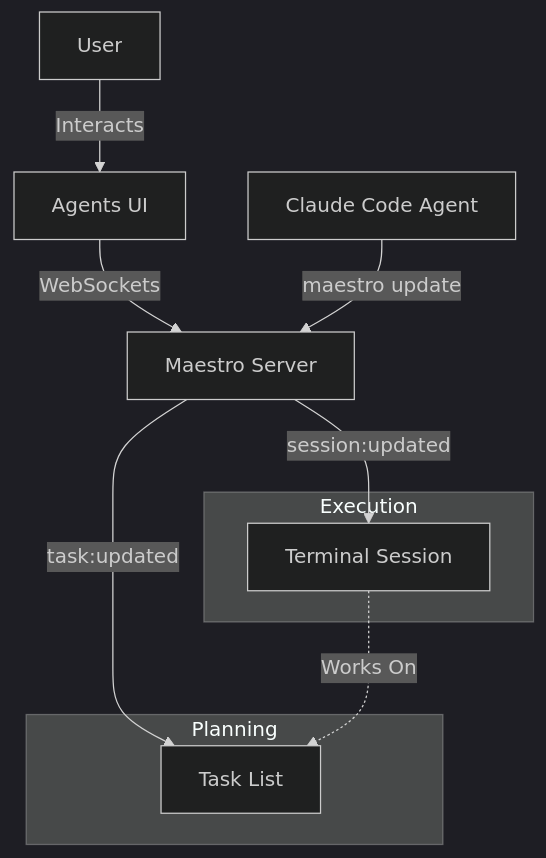
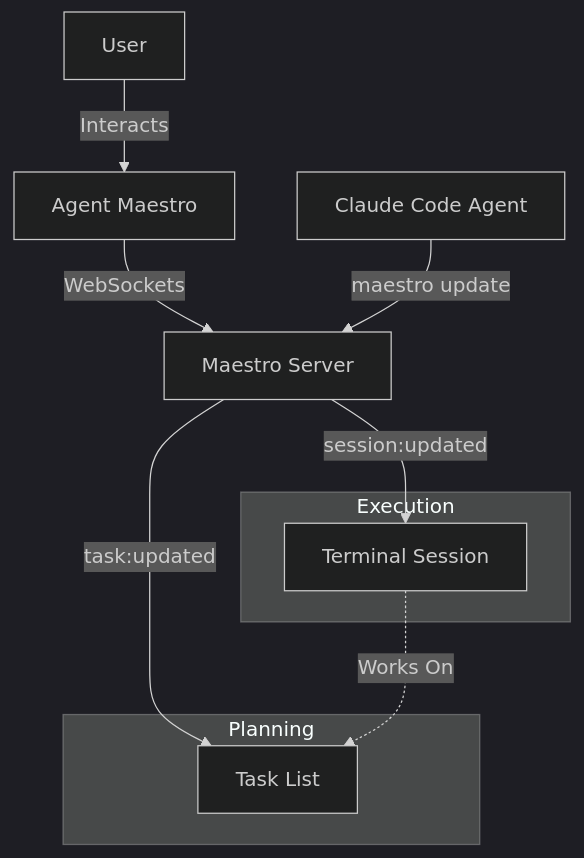
Before and after one commit to raghavared/agent-maestro: the diagram in docs/Understanding Maestro/04-UI-Architecture.md, drawn with Mermaid (dark theme). The commit also changed 89 other files, not shown here.

````diff
--- a/docs/Understanding Maestro/04-UI-Architecture.md
+++ b/docs/Understanding Maestro/04-UI-Architecture.md
@@ -124,20 +124,20 @@
 ```mermaid
 graph TD
-    User[User] -->|Interacts| UI[Agents UI]
+    User[User] -->|Interacts| UI[Agent Maestro]
     UI -->|WebSockets| Server[Maestro Server]
     
     subgraph Right Panel [Planning]
         TaskUI[Task List]
     end
     
     subgraph Left Panel [Execution]
         SessionUI[Terminal Session]
     end
     
     Server -->|task:updated| TaskUI
     Server -->|session:updated| SessionUI
     
     SessionUI -.->|Works On| TaskUI
     
     Worker[Claude Code Agent] -->|maestro update| Server
 ```
````
